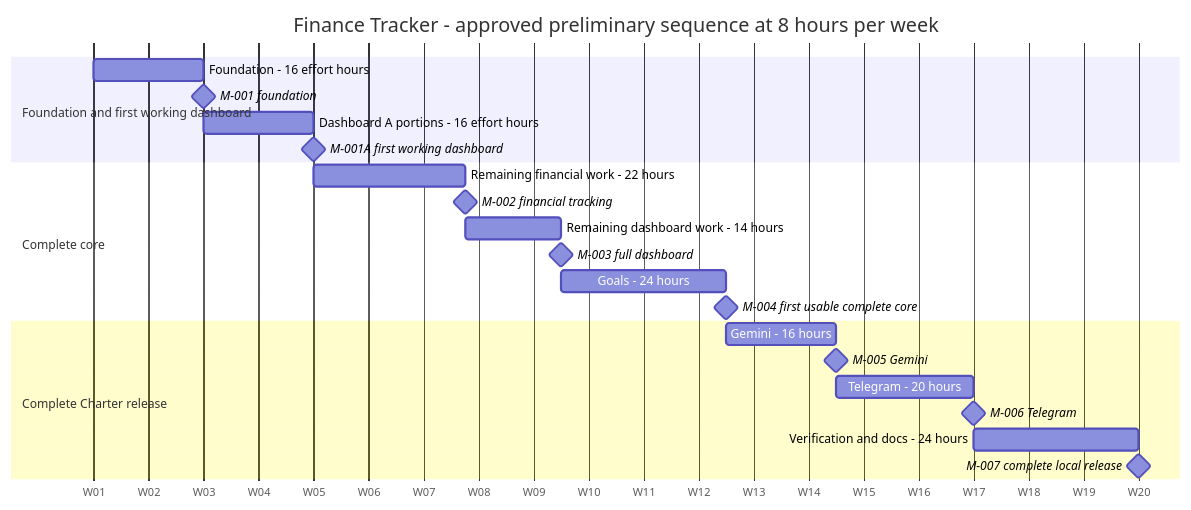
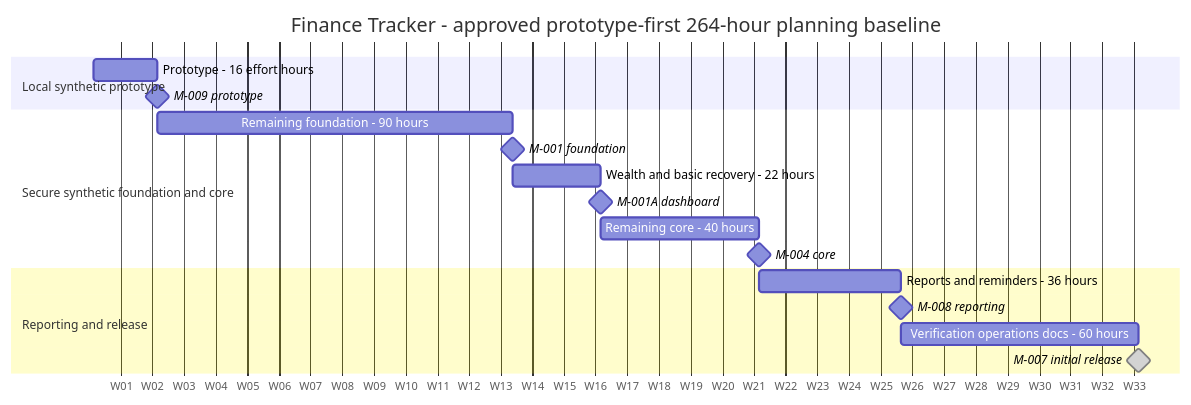
One commit to bufubro-1/finance-tracker changed the diagram in docs/planning/PROJECT_SCHEDULE.md. Above: the diagram before and after it, drawn with Mermaid. The commit also changed other lines of this file and 17 other files, not shown here.

````diff
--- a/docs/planning/PROJECT_SCHEDULE.md
+++ b/docs/planning/PROJECT_SCHEDULE.md
@@ -81,28 +87,23 @@
 ```mermaid
 gantt
-    title Finance Tracker - approved preliminary sequence at 8 hours per week
+    title Finance Tracker - approved prototype-first 264-hour planning baseline
     dateFormat YYYY-MM-DD
     axisFormat W%W
     tickInterval 1week
-    weekday monday
     todayMarker off
-    section Foundation and first working dashboard
-    Foundation - 16 effort hours           :foundation, 2001-01-01, 14d
-    M-001 foundation                      :milestone, m1, after foundation, 0d
-    Dashboard A portions - 16 effort hours :early, after foundation, 14d
-    M-001A first working dashboard         :milestone, m1a, after early, 0d
-    section Complete core
-    Remaining financial work - 22 hours    :financial, after early, 462h
-    M-002 financial tracking               :milestone, m2, after financial, 0d
-    Remaining dashboard work - 14 hours    :dashboard, after financial, 294h
-    M-003 full dashboard                   :milestone, m3, after dashboard, 0d
-    Goals - 24 hours                       :goals, after dashboard, 21d
-    M-004 first usable complete core       :milestone, m4, after goals, 0d
-    section Complete Charter release
-    Gemini - 16 hours                      :ai, after goals, 14d
-    M-005 Gemini                           :milestone, m5, after ai, 0d
-    Telegram - 20 hours                    :telegram, after ai, 420h
-    M-006 Telegram                         :milestone, m6, after telegram, 0d
-    Verification and docs - 24 hours       :release, after telegram, 21d
-    M-007 complete local release           :milestone, m7, after release, 0d
+    section Local synthetic prototype
+    Prototype - 16 effort hours :proto, 2001-01-01, 14d
+    M-009 prototype :milestone, p, after proto, 0d
+    section Secure synthetic foundation and core
+    Remaining foundation - 90 hours :foundation, after proto, 1890h
+    M-001 foundation :milestone, f, after foundation, 0d
+    Wealth and basic recovery - 22 hours :wealth, after foundation, 462h
+    M-001A dashboard :milestone, w, after wealth, 0d
+    Remaining core - 40 hours :core, after wealth, 35d
+    M-004 core :milestone, c, after core, 0d
+    section Reporting and release
+    Reports and reminders - 36 hours :report, after core, 756h
+    M-008 reporting :milestone, r, after report, 0d
+    Verification operations docs - 60 hours :release, after report, 1260h
+    M-007 initial release :milestone, done, after release, 0d
 ```
````
